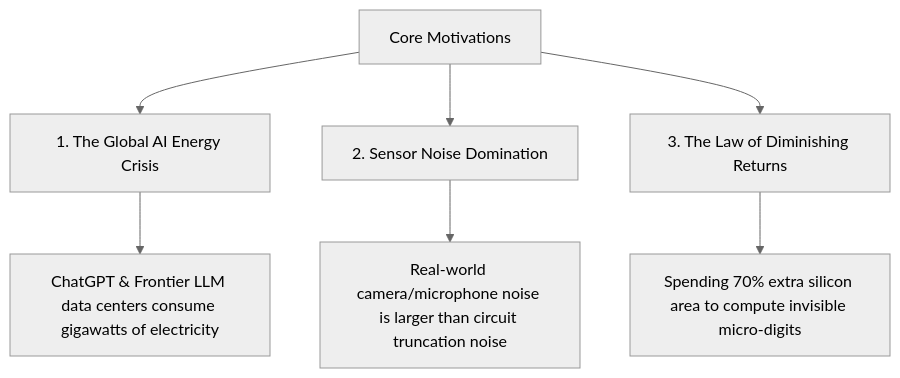
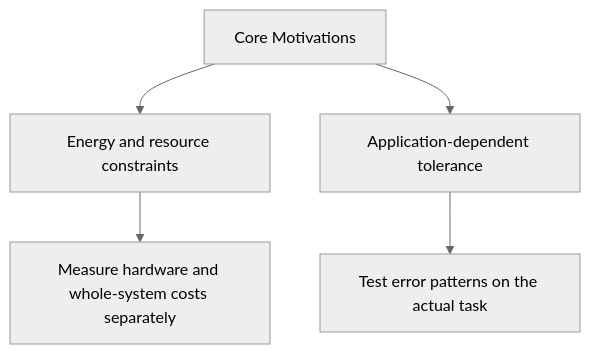
Before and after one commit to Inexact-Computing/public: the first of 2 diagrams in docs/fundamentals/motivations-and-challenges.md, drawn with Mermaid (neutral theme). The commit also changed other lines of this file and 32 other files, not shown here.

````diff
--- a/docs/fundamentals/motivations-and-challenges.md
+++ b/docs/fundamentals/motivations-and-challenges.md
@@ -9,10 +50,7 @@
 ```mermaid
 graph TD
-    M[Core Motivations] --> A1[1. The Global AI Energy Crisis]
-    M --> A2[2. Sensor Noise Domination]
-    M --> A3[3. The Law of Diminishing Returns]
-
-    A1 --> R1[ChatGPT & Frontier LLM data centers consume gigawatts of electricity]
-    A2 --> R2[Real-world camera/microphone noise is larger than circuit truncation noise]
-    A3 --> R3[Spending 70% extra silicon area to compute invisible micro-digits]
+    M[Core Motivations] --> A1[Energy and resource constraints]
+    M --> A2[Application-dependent tolerance]
+    A1 --> R1[Measure hardware and whole-system costs separately]
+    A2 --> R2[Test error patterns on the actual task]
 ```
````
